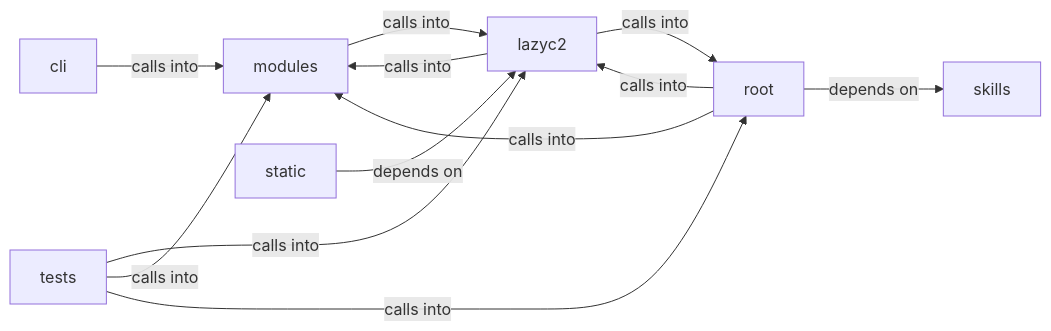
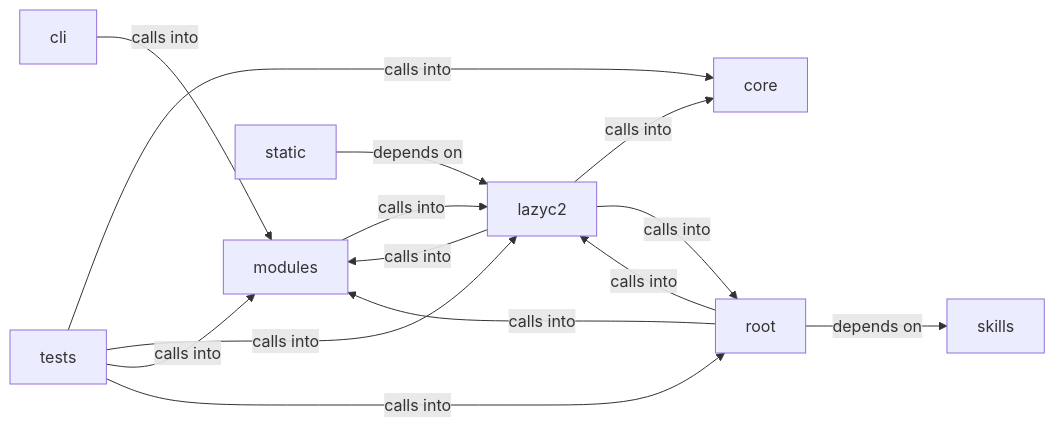
The diagram in readmenator-diagrams/modules_lazyc2.md (grisuno/LazyOwn), drawn with Mermaid before and after one commit. The commit also changed other lines of this file and 424 other files, not shown here.

````diff
--- a/readmenator-diagrams/modules_lazyc2.md
+++ b/readmenator-diagrams/modules_lazyc2.md
@@ -5,21 +5,24 @@
 ```mermaid
 graph LR
     cli["cli"]
+    core["core"]
     lazyc2["lazyc2"]
     modules["modules"]
     root["root"]
     skills["skills"]
     static["static"]
     tests["tests"]
     cli -- "calls into" --> modules
+    lazyc2 -- "calls into" --> core
     lazyc2 -- "calls into" --> modules
     lazyc2 -- "calls into" --> root
     modules -- "calls into" --> lazyc2
     root -- "calls into" --> lazyc2
     root -- "calls into" --> modules
     root -- "depends on" --> skills
     static -- "depends on" --> lazyc2
+    tests -- "calls into" --> core
     tests -- "calls into" --> lazyc2
     tests -- "calls into" --> modules
     tests -- "calls into" --> root
 ```
````
